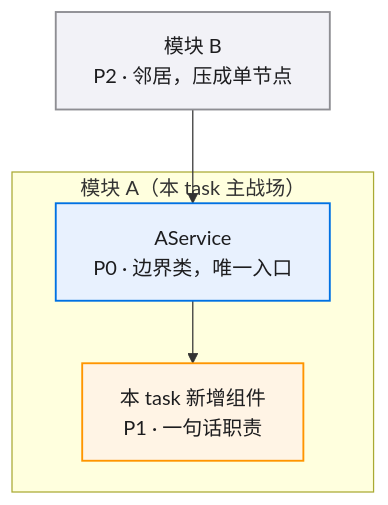
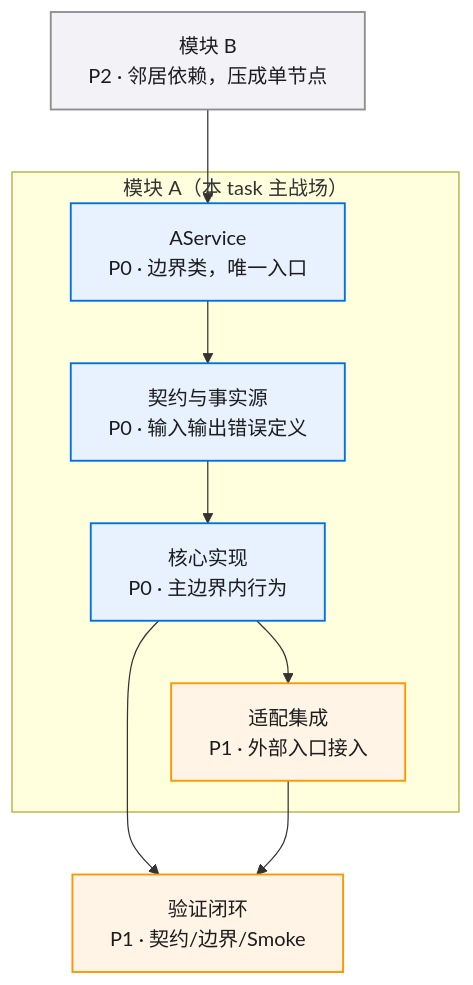
One commit to KtKID/x-dev-pipeline changed the diagram in skills/x-req/templates/diagram.md. Above: the diagram before and after it, drawn with Mermaid. The commit also changed other lines of this file and 4 other files, not shown here.

````diff
--- a/skills/x-req/templates/diagram.md
+++ b/skills/x-req/templates/diagram.md
@@ -20,25 +20,32 @@
 ```mermaid
 flowchart TD
   classDef p0 fill:#E8F1FE,stroke:#0071E3,color:#1D1D1F,stroke-width:1.5px
   classDef p1 fill:#FFF4E5,stroke:#FF9500,color:#1D1D1F,stroke-width:1.5px
   classDef p2 fill:#F2F2F7,stroke:#8E8E93,color:#1D1D1F,stroke-width:1.5px
 
   %% 写图守则：
   %% 1. 节点格式：ID["名称<br/>P0/P1/P2 · 一句话职责"]:::p{0|1|2}
   %% 2. 实线 -->（强依赖）；虚线 -.->（弱依赖、可选、调起）
   %% 3. 单图节点上限 ~12：超限先压缩同质节点（×N）
   %% 4. subgraph 一律按模块划分：一个模块一个框，框线即模块边界，
   %%    边界类节点放框内第一位；邻居模块压成单节点放框外。禁止按技术栈/层次混分
   %% 5. 同质重复节点（如 17 个 adapter）压成单节点 + "×N" 后缀，避免图爆炸
-  %% 6. 模块清单必须与 README.md 完全一致——这里是只读视图，README 才是事实源
+  %% 6. 模块清单和架构单元必须与 README.md 完全一致——这里是只读视图，README 才是事实源
 
   subgraph ModA["模块 A（本 task 主战场）"]
     SvcA["AService<br/>P0 · 边界类，唯一入口"]:::p0
-    NewComp["本 task 新增组件<br/>P1 · 一句话职责"]:::p1
+    ContractA["契约与事实源<br/>P0 · 输入输出错误定义"]:::p0
+    NewComp["核心实现<br/>P0 · 主边界内行为"]:::p0
+    AdapterA["适配集成<br/>P1 · 外部入口接入"]:::p1
   end
 
-  ModB["模块 B<br/>P2 · 邻居，压成单节点"]:::p2
+  VerifyA["验证闭环<br/>P1 · 契约/边界/Smoke"]:::p1
+  ModB["模块 B<br/>P2 · 邻居依赖，压成单节点"]:::p2
 
   ModB --> SvcA
-  SvcA --> NewComp
+  SvcA --> ContractA
+  ContractA --> NewComp
+  NewComp --> AdapterA
+  NewComp --> VerifyA
+  AdapterA --> VerifyA
 ```
````
